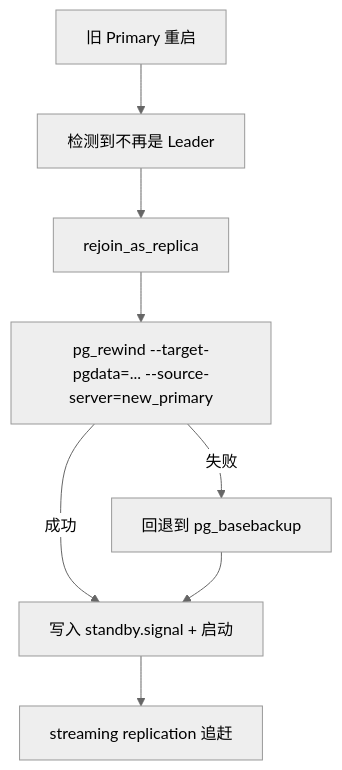
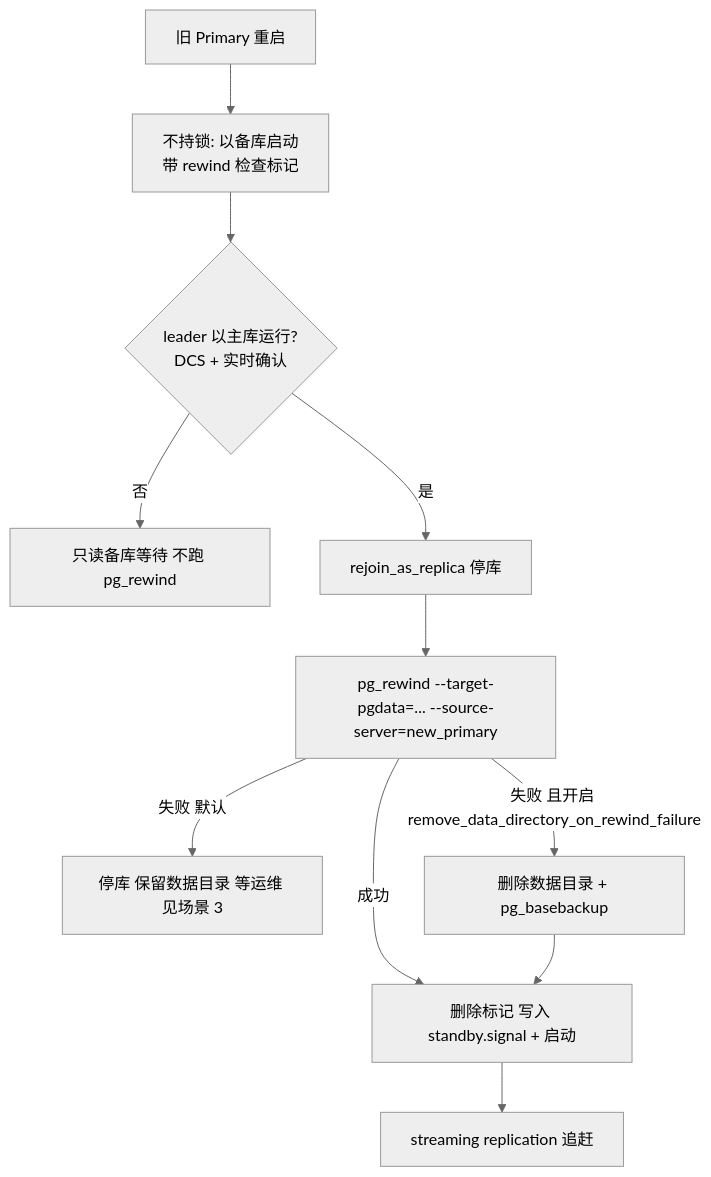
One commit to seraphico/pg-ha changed the second of 2 diagrams in docs/operations-guide.md. Above: the diagram before and after it, drawn with Mermaid (neutral theme). The commit also changed other lines of this file and 10 other files, not shown here.

````diff
--- a/docs/operations-guide.md
+++ b/docs/operations-guide.md
@@ -639,10 +681,13 @@
 ```mermaid
 flowchart TD
-    START[旧 Primary 重启] --> DETECT[检测到不再是 Leader]
-    DETECT --> REJOIN[rejoin_as_replica]
+    START[旧 Primary 重启] --> DETECT[不持锁: 以备库启动<br/>带 rewind 检查标记]
+    DETECT --> READY{leader 以主库运行?<br/>DCS + 实时确认}
+    READY -->|否| WAITL[只读备库等待 不跑 pg_rewind]
+    READY -->|是| REJOIN[rejoin_as_replica 停库]
     REJOIN --> REWIND[pg_rewind --target-pgdata=... --source-server=new_primary]
-    REWIND -->|成功| STANDBY[写入 standby.signal + 启动]
-    REWIND -->|失败| BASEBACKUP[回退到 pg_basebackup]
+    REWIND -->|成功| STANDBY[删除标记 写入 standby.signal + 启动]
+    REWIND -->|失败 默认| HOLD[停库 保留数据目录 等运维 见场景 3]
+    REWIND -->|失败 且开启 remove_data_directory_on_rewind_failure| BASEBACKUP[删除数据目录 + pg_basebackup]
     BASEBACKUP --> STANDBY
     STANDBY --> STREAMING[streaming replication 追赶]
 ```
````
